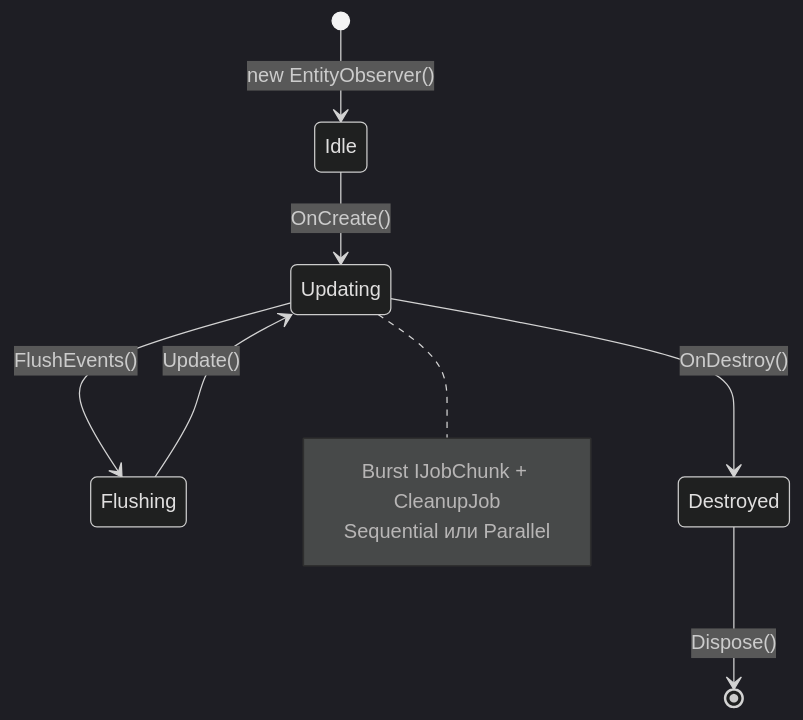
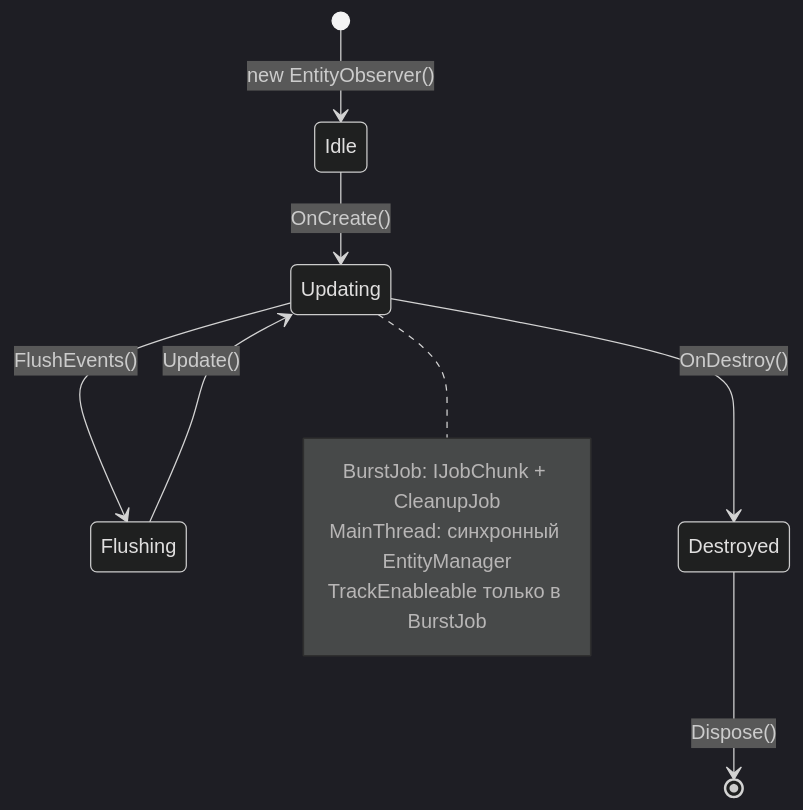
One commit to About00/dots-observer changed the second of 3 diagrams in README.ru.md. Above: the diagram before and after it, drawn with Mermaid (dark theme). The commit also changed other lines of this file and 13 other files, not shown here.

````diff
--- a/README.ru.md
+++ b/README.ru.md
@@ -176,14 +189,15 @@
 ```mermaid
 stateDiagram-v2
     [*] --> Idle : new EntityObserver<T>()
     Idle --> Updating : OnCreate()
     Updating --> Flushing : FlushEvents()
     Flushing --> Updating : Update()
     Updating --> Destroyed : OnDestroy()
     Destroyed --> [*] : Dispose()
 
     note right of Updating
-        Burst IJobChunk + CleanupJob
-        Sequential или Parallel
+        BurstJob: IJobChunk + CleanupJob
+        MainThread: синхронный EntityManager
+        TrackEnableable только в BurstJob
     end note
 ```
````
